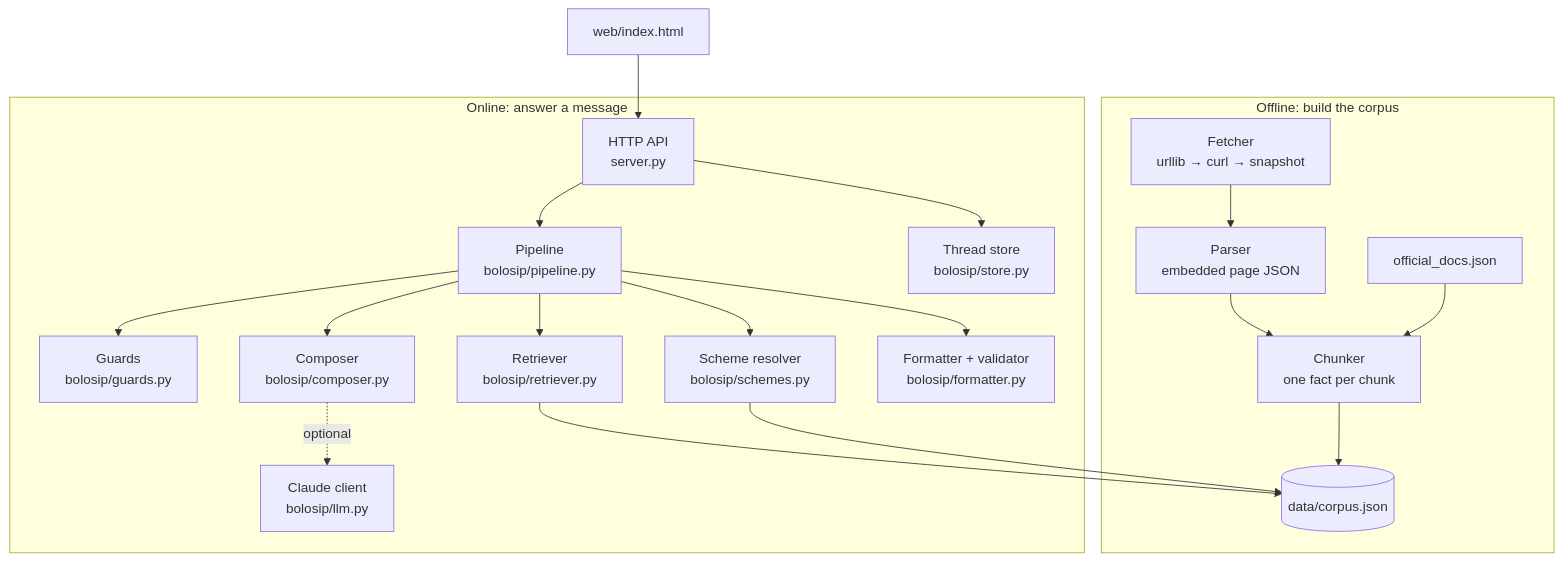
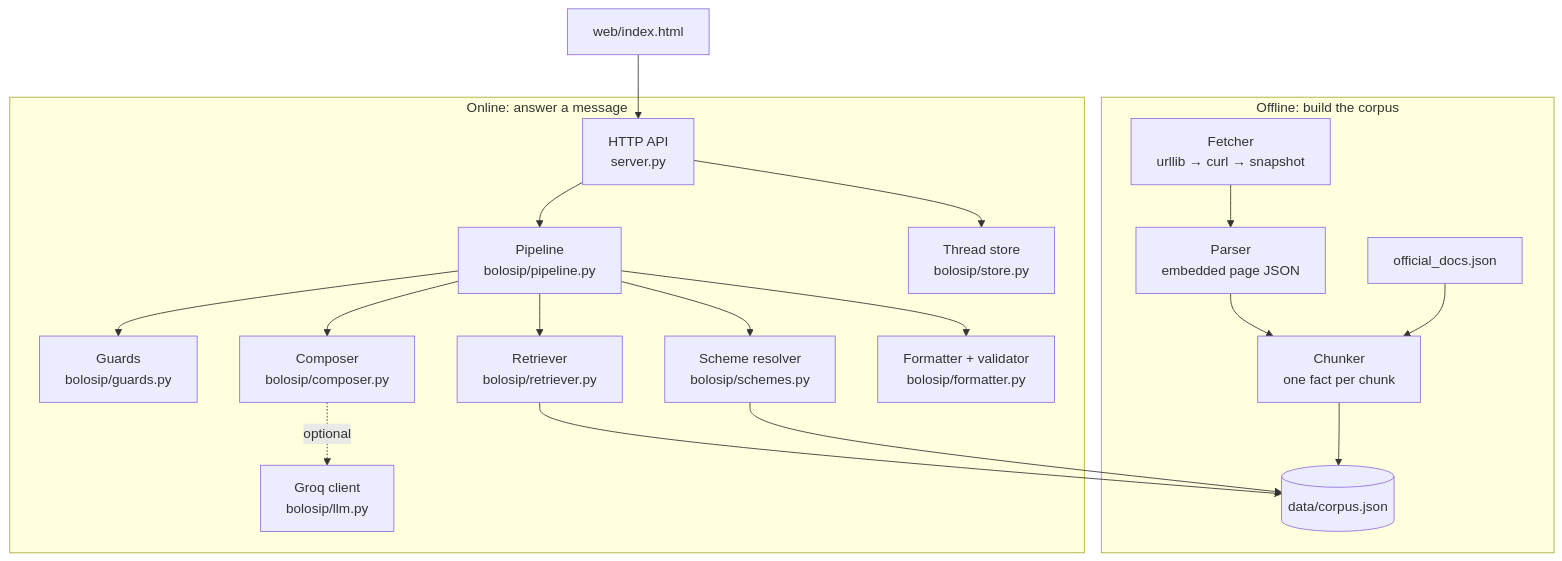
The second of 5 diagrams in Doc/architecture.md (fxdarshan/02-BoloSIP), drawn with Mermaid before and after one commit. The commit also changed other lines of this file and 15 other files, not shown here.

First line of the commit message:
Phase 0: foundation; switch optional LLM to Groq in all docs

````diff
--- a/Doc/architecture.md
+++ b/Doc/architecture.md
@@ -47,24 +47,24 @@
 ```mermaid
 flowchart TB
     subgraph Offline["Offline: build the corpus"]
         F[Fetcher<br/>urllib → curl → snapshot] --> P[Parser<br/>embedded page JSON]
         P --> K[Chunker<br/>one fact per chunk]
         OD[official_docs.json] --> K
         K --> CJ[(data/corpus.json)]
     end
 
     subgraph Online["Online: answer a message"]
         API[HTTP API<br/>server.py] --> PIPE[Pipeline<br/>bolosip/pipeline.py]
         PIPE --> GU[Guards<br/>bolosip/guards.py]
         PIPE --> SR[Scheme resolver<br/>bolosip/schemes.py]
         PIPE --> RT[Retriever<br/>bolosip/retriever.py]
         PIPE --> CO[Composer<br/>bolosip/composer.py]
-        CO -.optional.-> LLM[Claude client<br/>bolosip/llm.py]
+        CO -.optional.-> LLM[Groq client<br/>bolosip/llm.py]
         PIPE --> FM[Formatter + validator<br/>bolosip/formatter.py]
         API --> ST[Thread store<br/>bolosip/store.py]
         RT --> CJ
         SR --> CJ
     end
 
     UI[web/index.html] --> API
 ```
````
